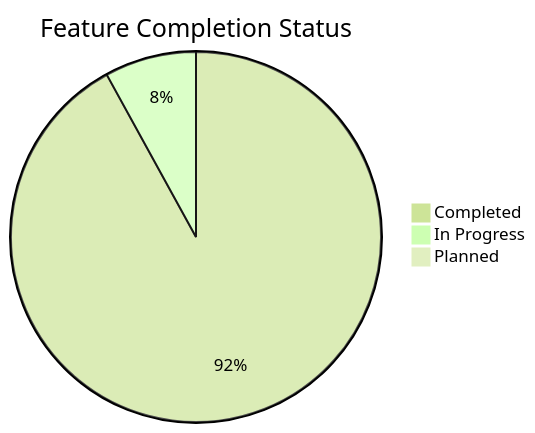
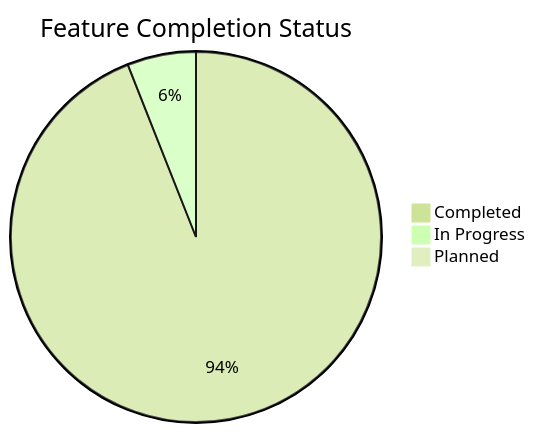
Before and after one commit to mrj0nesmtl/cloud-burst: the second of 2 diagrams in docs/planning/roadmap.md, drawn with Mermaid (forest theme). The commit also changed 4 other files, not shown here.

Commit message:
docs: Update documentation for Session 34 preparation - Update version to 0.8.4 across all docs - Add Session 33 summary and Session 34 plans - Enhance changelog with detailed upcoming features - Update implementation status and roadmap

````diff
--- a/docs/planning/roadmap.md
+++ b/docs/planning/roadmap.md
@@ -341,6 +341,6 @@
 ```mermaid
 pie title Feature Completion Status
-    "Completed" : 92
-    "In Progress" : 8
+    "Completed" : 94
+    "In Progress" : 6
     "Planned" : 0
 ```
````
